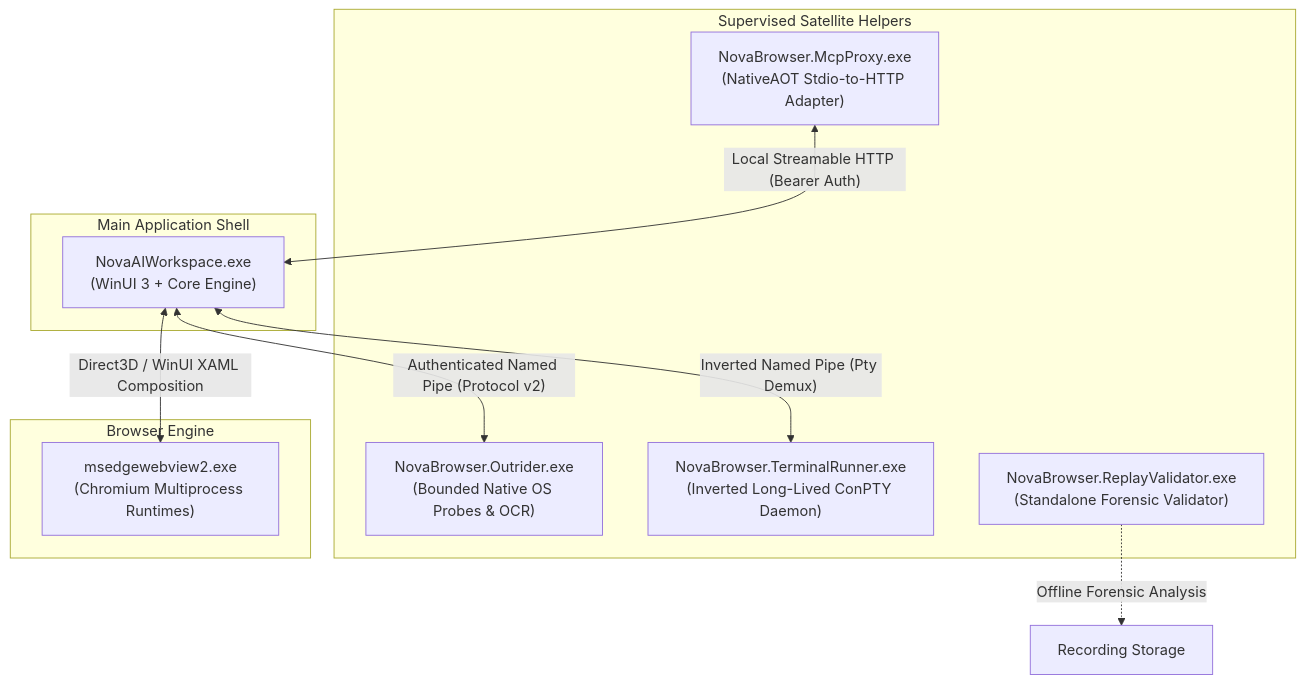
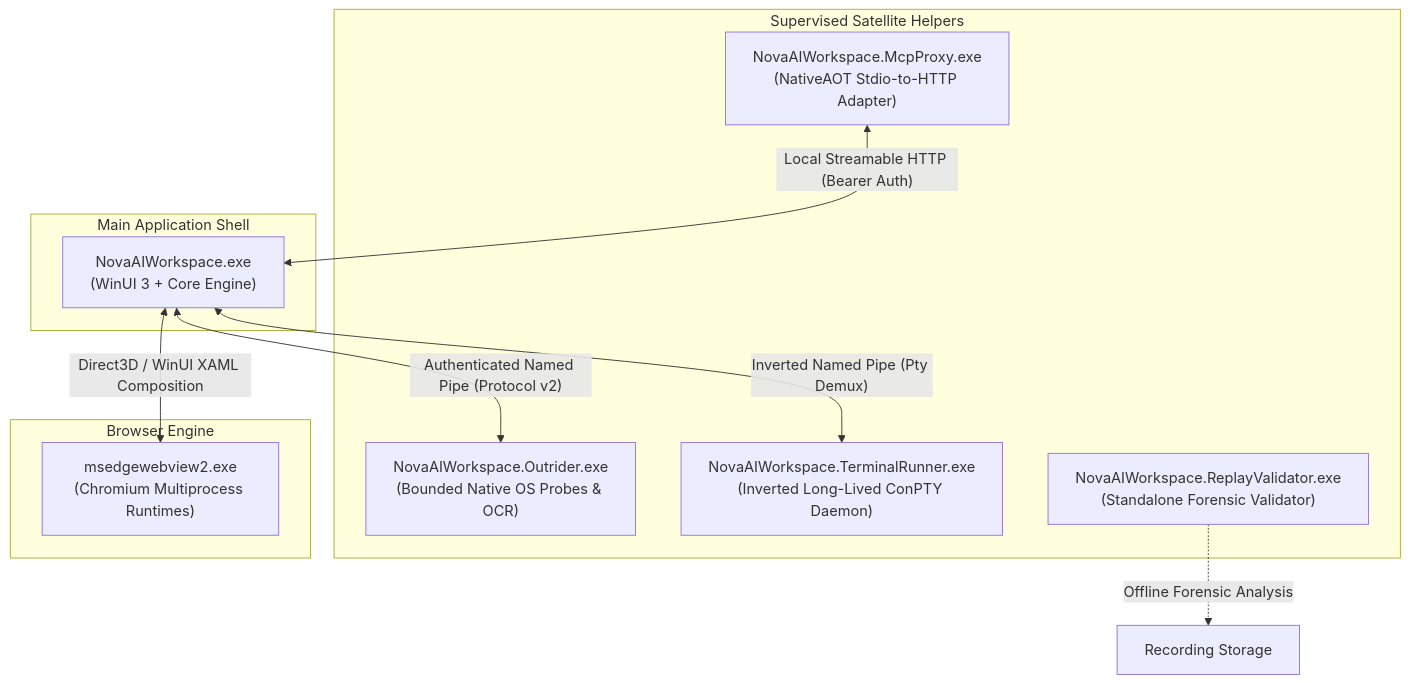
The first of 2 diagrams in docs/components/ipc-and-lifecycle.md (joelaniol/nova), drawn with Mermaid before and after one commit. The commit also changed other lines of this file and 58 other files, not shown here.

Commit message:
docs: run_rows tools, fastlane memory tools, NovaAIWorkspace helper names

````diff
--- a/docs/components/ipc-and-lifecycle.md
+++ b/docs/components/ipc-and-lifecycle.md
@@ -14,23 +14,23 @@
 ```mermaid
 flowchart TD
     subgraph Host ["Main Application Shell"]
         Nova["NovaAIWorkspace.exe<br/>(WinUI 3 + Core Engine)"]
     end
 
     subgraph Satellites ["Supervised Satellite Helpers"]
-        Outrider["NovaBrowser.Outrider.exe<br/>(Bounded Native OS Probes & OCR)"]
-        Runner["NovaBrowser.TerminalRunner.exe<br/>(Inverted Long-Lived ConPTY Daemon)"]
-        Proxy["NovaBrowser.McpProxy.exe<br/>(NativeAOT Stdio-to-HTTP Adapter)"]
-        Validator["NovaBrowser.ReplayValidator.exe<br/>(Standalone Forensic Validator)"]
+        Outrider["NovaAIWorkspace.Outrider.exe<br/>(Bounded Native OS Probes & OCR)"]
+        Runner["NovaAIWorkspace.TerminalRunner.exe<br/>(Inverted Long-Lived ConPTY Daemon)"]
+        Proxy["NovaAIWorkspace.McpProxy.exe<br/>(NativeAOT Stdio-to-HTTP Adapter)"]
+        Validator["NovaAIWorkspace.ReplayValidator.exe<br/>(Standalone Forensic Validator)"]
     end
 
     subgraph Engine ["Browser Engine"]
         WebView["msedgewebview2.exe<br/>(Chromium Multiprocess Runtimes)"]
     end
 
     Nova <-->|"Authenticated Named Pipe (Protocol v2)"| Outrider
     Nova <-->|"Inverted Named Pipe (Pty Demux)"| Runner
     Proxy <-->|"Local Streamable HTTP (Bearer Auth)"| Nova
     Nova <-->|Direct3D / WinUI XAML Composition| WebView
     Validator -.->|Offline Forensic Analysis| RecordingDir["Recording Storage"]
 ```
````
